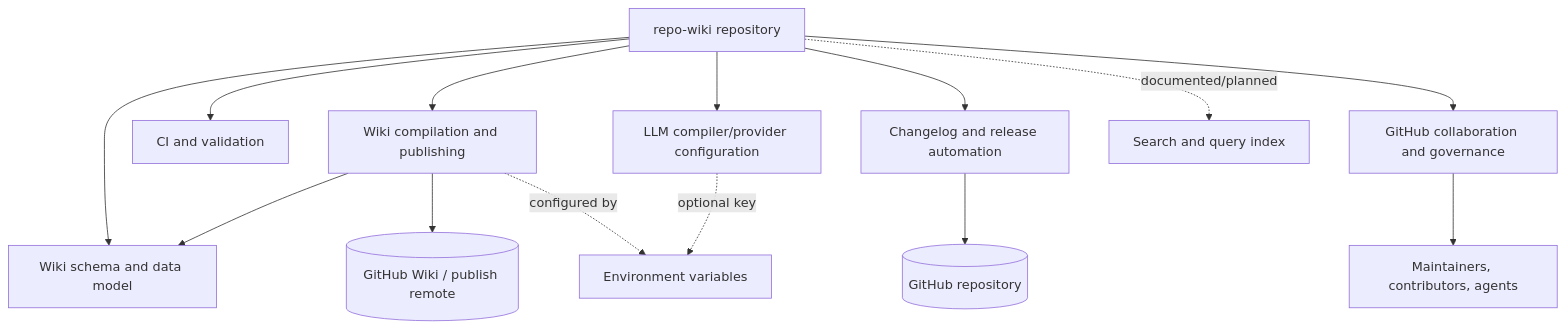
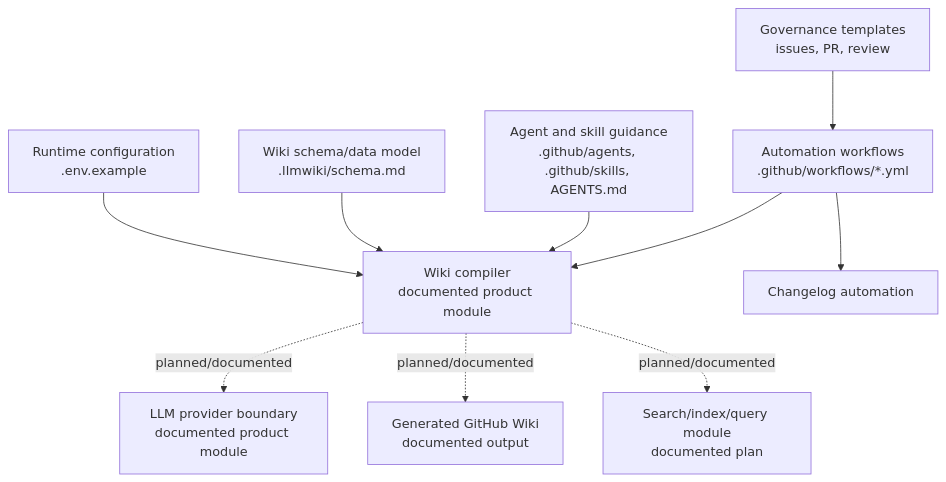
Before and after one commit to mfittko/repo-wiki: the second of 3 diagrams in Architecture.md, drawn with Mermaid. The commit also changed other lines of this file and 43 other files, not shown here.

Commit message:
Compile repository wiki 2026-05-14T00:05:18.115Z

````diff
--- a/Architecture.md
+++ b/Architecture.md
@@ -180,20 +160,25 @@
 ```mermaid
 flowchart TB
-  Repo[repo-wiki repository]
+    Config["Runtime configuration<br/>.env.example"]
+    Schema["Wiki schema/data model<br/>.llmwiki/schema.md"]
+    Workflows["Automation workflows<br/>.github/workflows/*.yml"]
+    Governance["Governance templates<br/>issues, PR, review"]
+    Agents["Agent and skill guidance<br/>.github/agents, .github/skills, AGENTS.md"]
 
-  Repo --> Wiki[Wiki compilation and publishing]
-  Repo --> CI[CI and validation]
-  Repo --> Changelog[Changelog and release automation]
-  Repo --> Governance[GitHub collaboration and governance]
-  Repo --> Schema[Wiki schema and data model]
-  Repo --> LLM[LLM compiler/provider configuration]
-  Repo -. documented/planned .-> Search[Search and query index]
+    Compiler["Wiki compiler<br/>documented product module"]
+    LLMBoundary["LLM provider boundary<br/>documented product module"]
+    WikiOutput["Generated GitHub Wiki<br/>documented output"]
+    Search["Search/index/query module<br/>documented plan"]
+    Changelog["Changelog automation"]
 
-  Wiki --> Schema
-  Wiki --> GitHubWiki[(GitHub Wiki / publish remote)]
-  Wiki -. configured by .-> Env[Environment variables]
-  LLM -. optional key .-> Env
+    Config --> Compiler
+    Schema --> Compiler
+    Agents --> Compiler
+    Workflows --> Compiler
+    Workflows --> Changelog
+    Governance --> Workflows
 
-  Changelog --> GitHubRepo[(GitHub repository)]
-  Governance --> Contributors[Maintainers, contributors, agents]
+    Compiler -. planned/documented .-> LLMBoundary
+    Compiler -. planned/documented .-> WikiOutput
+    Compiler -. planned/documented .-> Search
 ```
````
